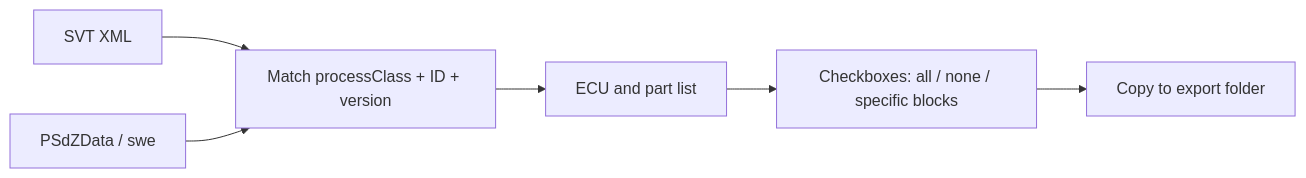
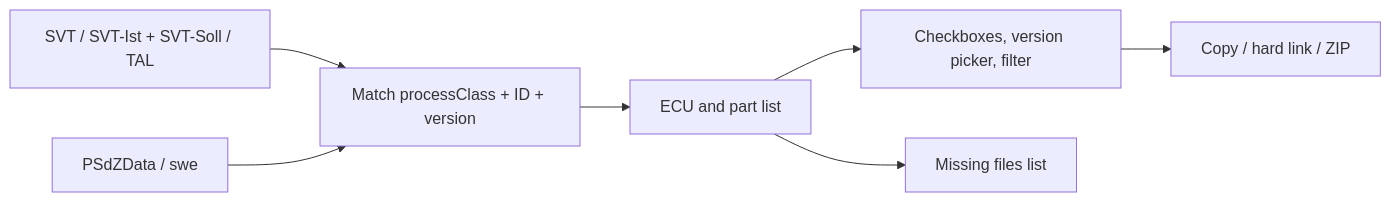
Before and after one commit to LeonB1ham/svt-psdzdata-export: the diagram in README.md, drawn with Mermaid. The commit also changed other lines of this file and 15 other files, not shown here.

First line of the commit message:
1.2.0: Ist/Soll compare, TAL, missing list, version picker, batch

````diff
--- a/README.md
+++ b/README.md
@@ -25,8 +46,9 @@
 ```mermaid
 flowchart LR
-    A[SVT XML] --> C[Match processClass + ID + version]
+    A[SVT / SVT-Ist + SVT-Soll / TAL] --> C[Match processClass + ID + version]
     B[PSdZData / swe] --> C
     C --> D[ECU and part list]
-    D --> E[Checkboxes: all / none / specific blocks]
-    E --> F[Copy to export folder]
+    D --> E[Checkboxes, version picker, filter]
+    E --> F[Copy / hard link / ZIP]
+    D --> G[Missing files list]
 ```
````
